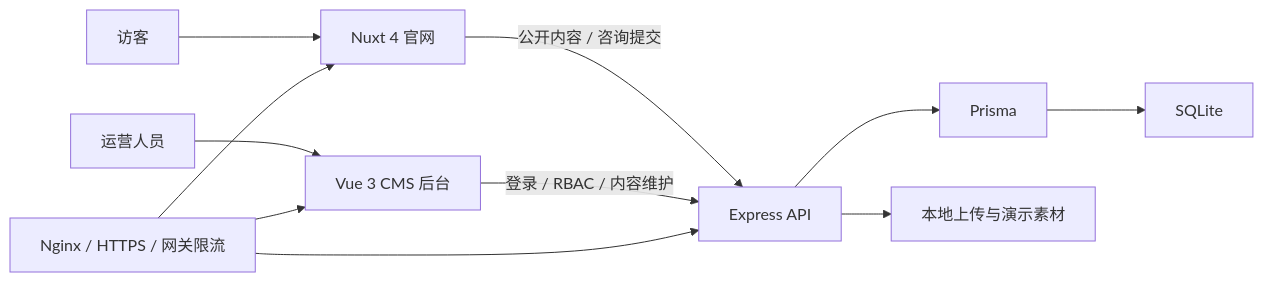
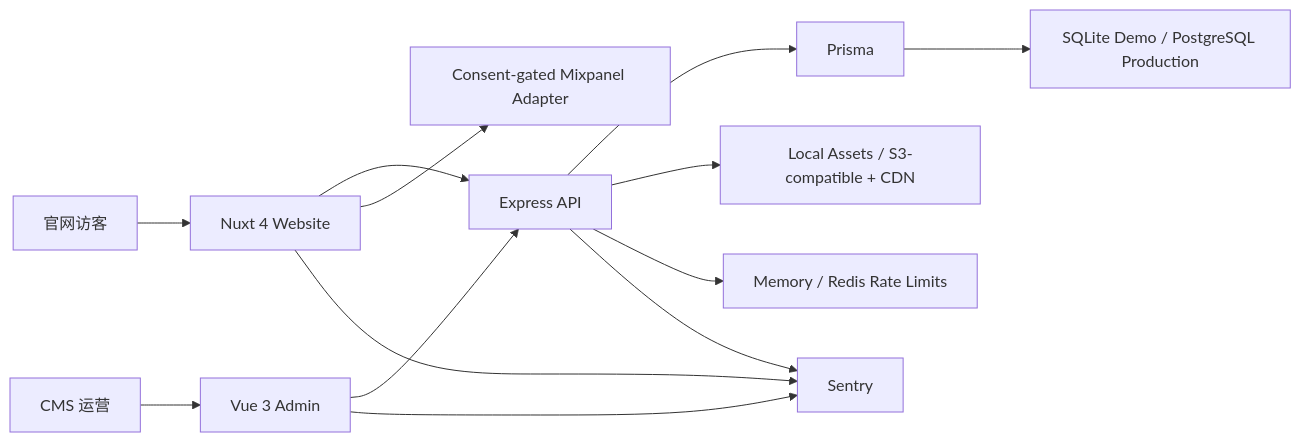
The diagram in README.md (728792899-create/hushi-wind-website), drawn with Mermaid before and after one commit. The commit also changed other lines of this file and 97 other files, not shown here.

Commit message:
feat: harden full-stack website for production

````diff
--- a/README.md
+++ b/README.md
@@ -43,13 +38,15 @@
 ```mermaid
 flowchart LR
-  VISITOR["访客"] --> WEB["Nuxt 4 官网"]
-  OPERATOR["运营人员"] --> ADMIN["Vue 3 CMS 后台"]
-  WEB -->|"公开内容 / 咨询提交"| API["Express API"]
-  ADMIN -->|"登录 / RBAC / 内容维护"| API
-  API --> PRISMA["Prisma"]
-  PRISMA --> DB["SQLite"]
-  API --> FILES["本地上传与演示素材"]
-  GATEWAY["Nginx / HTTPS / 网关限流"] --> WEB
-  GATEWAY --> ADMIN
-  GATEWAY --> API
+  V["官网访客"] --> W["Nuxt 4 Website"]
+  O["CMS 运营"] --> C["Vue 3 Admin"]
+  W --> A["Express API"]
+  C --> A
+  A --> P["Prisma"]
+  P --> D["SQLite Demo / PostgreSQL Production"]
+  A --> F["Local Assets / S3-compatible + CDN"]
+  A --> R["Memory / Redis Rate Limits"]
+  W --> M["Consent-gated Mixpanel Adapter"]
+  W --> S["Sentry"]
+  C --> S
+  A --> S
 ```
````
